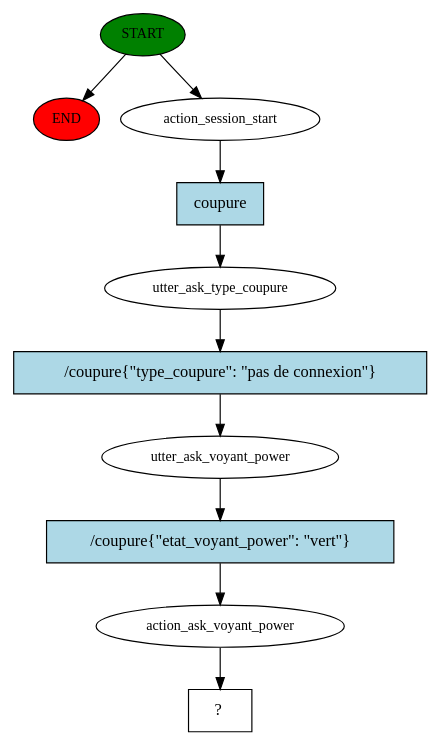
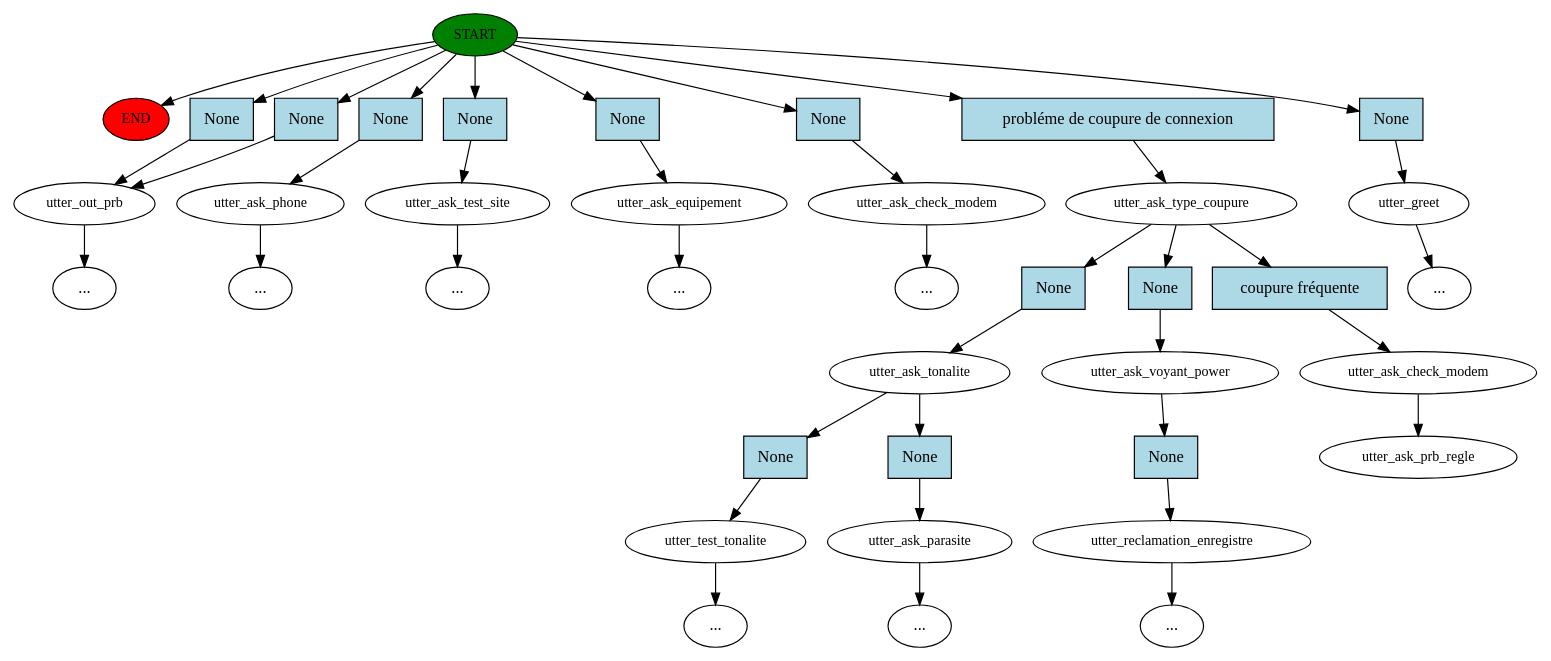
One commit to emna-bj/chatbot changed the diagram in story_graph.dot. Above: the diagram before and after it, drawn with Graphviz. The commit also changed 34 other files, not shown here.

```diff
--- a/story_graph.dot
+++ b/story_graph.dot
@@ -1,21 +1,80 @@
 digraph  {
 0 [class="start active", fillcolor=green, fontsize=12, label=START, style=filled];
 "-1" [class=end, fillcolor=red, fontsize=12, label=END, style=filled];
-1 [class=active, fontsize=12, label=action_session_start];
-2 [class=active, fontsize=12, label=utter_ask_type_coupure];
-3 [class=active, fontsize=12, label=utter_ask_voyant_power];
-4 [class=active, fontsize=12, label=action_ask_voyant_power];
-5 [class="intent dashed active", label="  ?  ", shape=rect];
-6 [class="intent active", fillcolor=lightblue, label=coupure, shape=rect, style=filled];
-7 [class="intent active", fillcolor=lightblue, label="/coupure{\"type_coupure\": \"pas de connexion\"}", shape=rect, style=filled];
-8 [class="intent active", fillcolor=lightblue, label="/coupure{\"etat_voyant_power\": \"vert\"}", shape=rect, style=filled];
+1 [class="", fontsize=12, label=utter_out_prb];
+"-4" [class=ellipsis, label="..."];
+3 [class="", fontsize=12, label=utter_ask_phone];
+"-5" [class=ellipsis, label="..."];
+4 [class="", fontsize=12, label=utter_ask_test_site];
+"-6" [class=ellipsis, label="..."];
+5 [class="", fontsize=12, label=utter_ask_equipement];
+"-7" [class=ellipsis, label="..."];
+6 [class="", fontsize=12, label=utter_ask_check_modem];
+"-9" [class=ellipsis, label="..."];
+8 [class=active, fontsize=12, label=utter_ask_type_coupure];
+9 [class="", fontsize=12, label=utter_ask_tonalite];
+10 [class="", fontsize=12, label=utter_test_tonalite];
+"-10" [class=ellipsis, label="..."];
+13 [class="", fontsize=12, label=utter_ask_parasite];
+"-12" [class=ellipsis, label="..."];
+18 [class="", fontsize=12, label=utter_ask_voyant_power];
+19 [class="", fontsize=12, label=utter_reclamation_enregistre];
+"-13" [class=ellipsis, label="..."];
+20 [class="", fontsize=12, label=utter_greet];
+"-14" [class=ellipsis, label="..."];
+22 [class=active, fontsize=12, label=utter_ask_check_modem];
+23 [class="dashed active", fontsize=12, label=utter_ask_prb_regle];
+24 [class=intent, fillcolor=lightblue, label=None, shape=rect, style=filled];
+25 [class=intent, fillcolor=lightblue, label=None, shape=rect, style=filled];
+26 [class=intent, fillcolor=lightblue, label=None, shape=rect, style=filled];
+27 [class=intent, fillcolor=lightblue, label=None, shape=rect, style=filled];
+28 [class=intent, fillcolor=lightblue, label=None, shape=rect, style=filled];
+29 [class=intent, fillcolor=lightblue, label=None, shape=rect, style=filled];
+30 [class="intent active", fillcolor=lightblue, label="probléme de coupure de connexion", shape=rect, style=filled];
+31 [class=intent, fillcolor=lightblue, label=None, shape=rect, style=filled];
+32 [class=intent, fillcolor=lightblue, label=None, shape=rect, style=filled];
+33 [class=intent, fillcolor=lightblue, label=None, shape=rect, style=filled];
+34 [class="intent active", fillcolor=lightblue, label="coupure fréquente", shape=rect, style=filled];
+35 [class=intent, fillcolor=lightblue, label=None, shape=rect, style=filled];
+36 [class=intent, fillcolor=lightblue, label=None, shape=rect, style=filled];
+37 [class=intent, fillcolor=lightblue, label=None, shape=rect, style=filled];
 0 -> "-1"  [class="", key=NONE, label=""];
-0 -> 1  [class=active, key=NONE, label=""];
-1 -> 6  [class=active, key=0];
-2 -> 7  [class=active, key=0];
-3 -> 8  [class=active, key=0];
-4 -> 5  [class=active, key=NONE, label=""];
-6 -> 2  [class=active, key=0];
-7 -> 3  [class=active, key=0];
-8 -> 4  [class=active, key=0];
+0 -> 24  [class="", key=0];
+0 -> 25  [class="", key=0];
+0 -> 26  [class="", key=0];
+0 -> 27  [class="", key=0];
+0 -> 28  [class="", key=0];
+0 -> 29  [class="", key=0];
+0 -> 30  [class=active, key=0];
+0 -> 31  [class="", key=0];
+1 -> "-4"  [class="", key=NONE, label=""];
+3 -> "-5"  [class="", key=NONE, label=""];
+4 -> "-6"  [class="", key=NONE, label=""];
+5 -> "-7"  [class="", key=NONE, label=""];
+6 -> "-9"  [class="", key=NONE, label=""];
+8 -> 32  [class="", key=0];
+8 -> 33  [class="", key=0];
+8 -> 34  [class=active, key=0];
+9 -> 35  [class="", key=0];
+9 -> 36  [class="", key=0];
+10 -> "-10"  [class="", key=NONE, label=""];
+13 -> "-12"  [class="", key=NONE, label=""];
+18 -> 37  [class="", key=0];
+19 -> "-13"  [class="", key=NONE, label=""];
+20 -> "-14"  [class="", key=NONE, label=""];
+22 -> 23  [class=active, key=NONE, label=""];
+24 -> 1  [class="", key=0];
+25 -> 1  [class="", key=0];
+26 -> 3  [class="", key=0];
+27 -> 4  [class="", key=0];
+28 -> 5  [class="", key=0];
+29 -> 6  [class="", key=0];
+30 -> 8  [class=active, key=0];
+31 -> 20  [class="", key=0];
+32 -> 9  [class="", key=0];
+33 -> 18  [class="", key=0];
+34 -> 22  [class=active, key=0];
+35 -> 10  [class="", key=0];
+36 -> 13  [class="", key=0];
+37 -> 19  [class="", key=0];
 }
```
